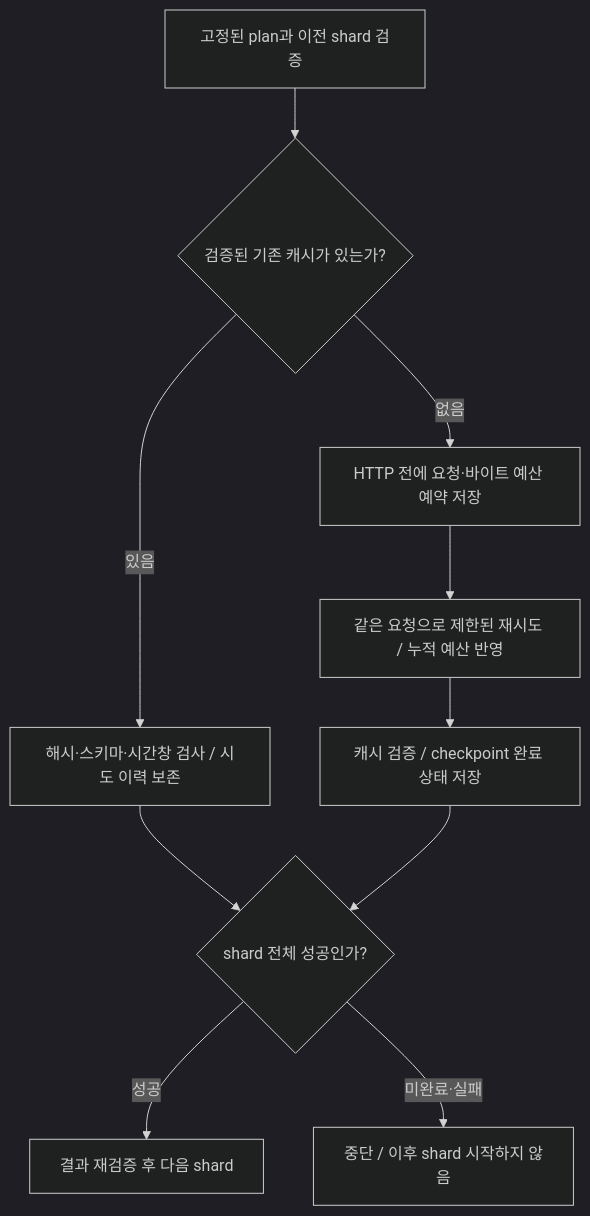
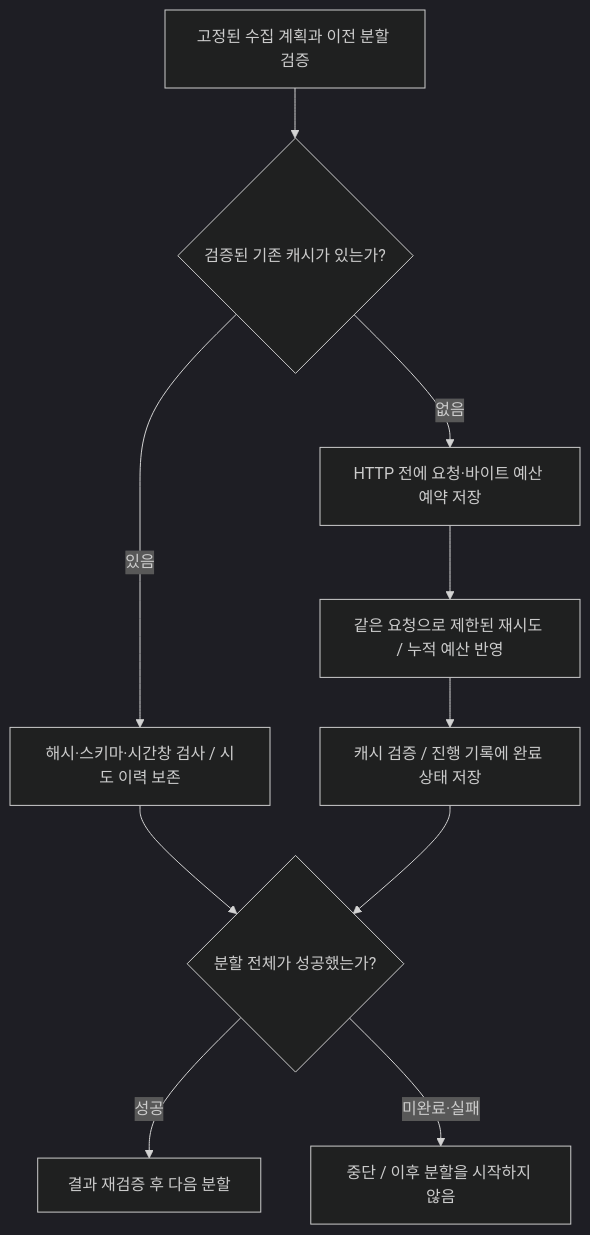
Before and after one commit to Peter-jackson12/Airplane: the third of 3 diagrams in README.md, drawn with Mermaid (dark theme). The commit also changed other lines of this file and 11 other files, not shown here.

````diff
--- a/README.md
+++ b/README.md
@@ -352,12 +391,12 @@
 ```mermaid
 flowchart TD
-    A["고정된 plan과 이전 shard 검증"] --> B{"검증된 기존 캐시가 있는가?"}
+    A["고정된 수집 계획과 이전 분할 검증"] --> B{"검증된 기존 캐시가 있는가?"}
     B -->|있음| C["해시·스키마·시간창 검사 / 시도 이력 보존"]
     B -->|없음| D["HTTP 전에 요청·바이트 예산 예약 저장"]
     D --> E["같은 요청으로 제한된 재시도 / 누적 예산 반영"]
-    E --> F["캐시 검증 / checkpoint 완료 상태 저장"]
-    C --> G{"shard 전체 성공인가?"}
+    E --> F["캐시 검증 / 진행 기록에 완료 상태 저장"]
+    C --> G{"분할 전체가 성공했는가?"}
     F --> G
-    G -->|성공| H["결과 재검증 후 다음 shard"]
-    G -->|미완료·실패| I["중단 / 이후 shard 시작하지 않음"]
+    G -->|성공| H["결과 재검증 후 다음 분할"]
+    G -->|미완료·실패| I["중단 / 이후 분할을 시작하지 않음"]
 ```
````
